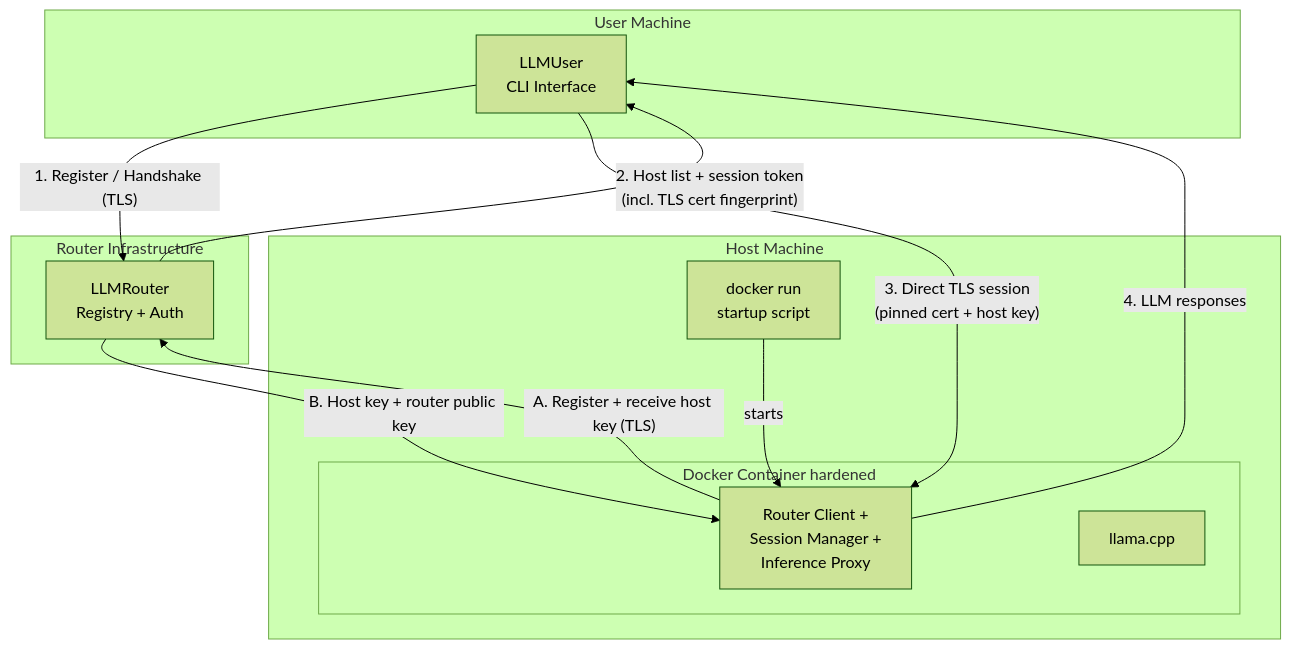
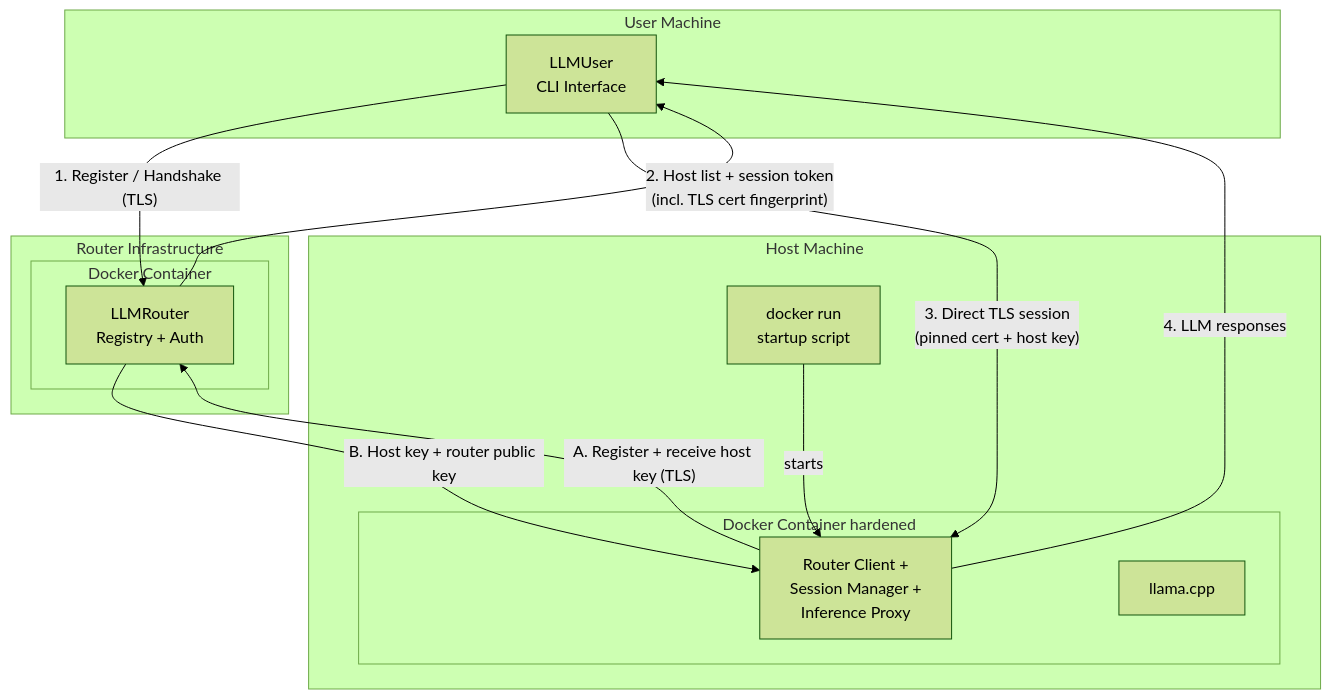
One commit to MartijnLammaing/ShareGrid changed the first of 5 diagrams in docs/architecture_overview.md. Above: the diagram before and after it, drawn with Mermaid (forest theme). The commit also changed other lines of this file and 3 other files, not shown here.

````diff
--- a/docs/architecture_overview.md
+++ b/docs/architecture_overview.md
@@ -25,26 +25,28 @@
 ```mermaid
 graph TB
     subgraph User Machine
         U[LLMUser<br/>CLI Interface]
     end
 
     subgraph Router Infrastructure
-        R[LLMRouter<br/>Registry + Auth]
+        subgraph Docker Container
+            R[LLMRouter<br/>Registry + Auth]
+        end
     end
 
     subgraph Host Machine
         ST[docker run\nstartup script]
         subgraph Docker Container hardened
             AG[Router Client +\nSession Manager +\nInference Proxy]
             LLM[llama.cpp]
         end
     end
 
     U -- "1. Register / Handshake (TLS)" --> R
     R -- "2. Host list + session token\n(incl. TLS cert fingerprint)" --> U
     AG -- "A. Register + receive host key (TLS)" --> R
     R -- "B. Host key + router public key" --> AG
     U -- "3. Direct TLS session\n(pinned cert + host key)" --> AG
     AG -- "4. LLM responses" --> U
     ST -- "starts" --> AG
 ```
````
